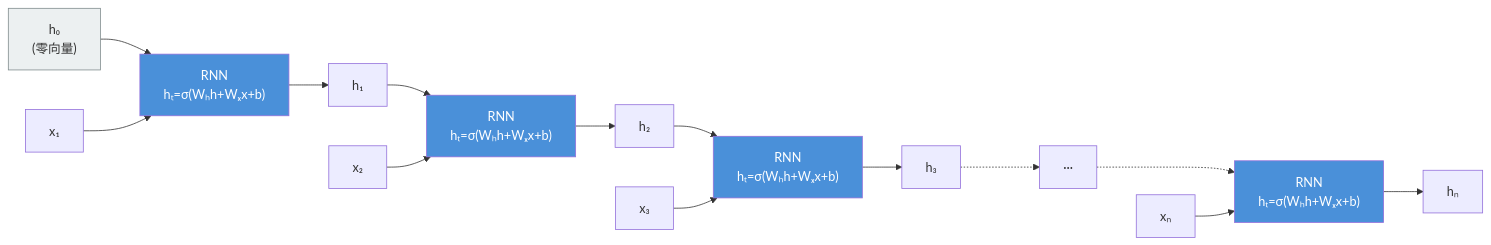
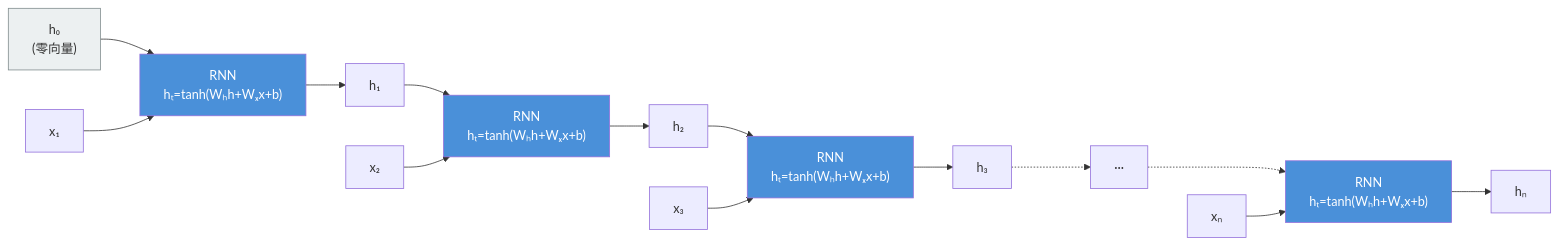
Before and after one commit to yeasy/llm_internals: the first of 2 diagrams in 01_introduction/1.2_rnn_cnn_limits.md, drawn with Mermaid. The commit also changed other lines of this file and 60 other files, not shown here.

````diff
--- a/01_introduction/1.2_rnn_cnn_limits.md
+++ b/01_introduction/1.2_rnn_cnn_limits.md
@@ -17,22 +17,22 @@
 ```mermaid
 graph LR
-    h0["h₀<br/>(零向量)"] --> A["RNN<br/>hₜ=σ(Wₕh+Wₓx+b)"]
+    h0["h₀<br/>(零向量)"] --> A["RNN<br/>hₜ=tanh(Wₕh+Wₓx+b)"]
     x1["x₁"] --> A
     A --> h1["h₁"]
-    h1 --> B["RNN<br/>hₜ=σ(Wₕh+Wₓx+b)"]
+    h1 --> B["RNN<br/>hₜ=tanh(Wₕh+Wₓx+b)"]
     x2["x₂"] --> B
     B --> h2["h₂"]
-    h2 --> C["RNN<br/>hₜ=σ(Wₕh+Wₓx+b)"]
+    h2 --> C["RNN<br/>hₜ=tanh(Wₕh+Wₓx+b)"]
     x3["x₃"] --> C
     C --> h3["h₃"]
     h3 -..-> D[" ··· "]
-    D -..-> E["RNN<br/>hₜ=σ(Wₕh+Wₓx+b)"]
+    D -..-> E["RNN<br/>hₜ=tanh(Wₕh+Wₓx+b)"]
     xn["xₙ"] --> E
     E --> hn["hₙ"]
 
     style A fill:#4a90d9,color:#fff
     style B fill:#4a90d9,color:#fff
     style C fill:#4a90d9,color:#fff
     style E fill:#4a90d9,color:#fff
     style h0 fill:#ecf0f1,stroke:#7f8c8d
 ```
````
